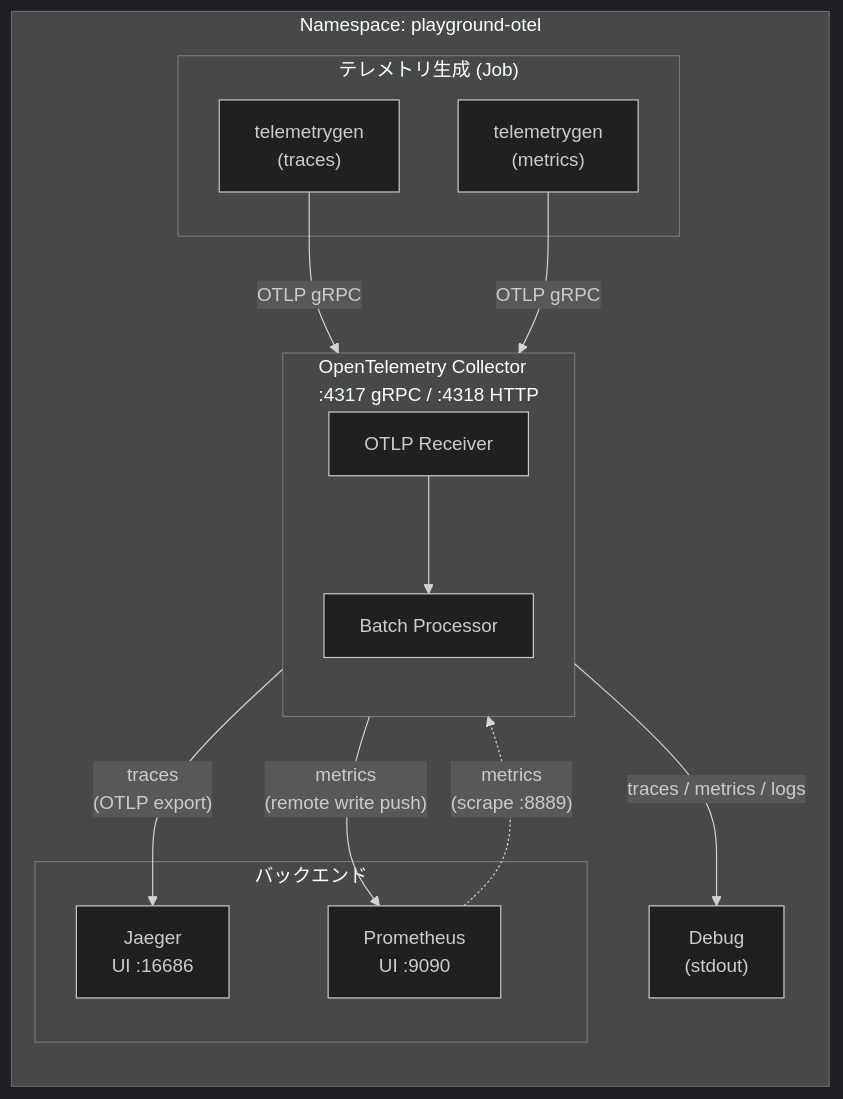
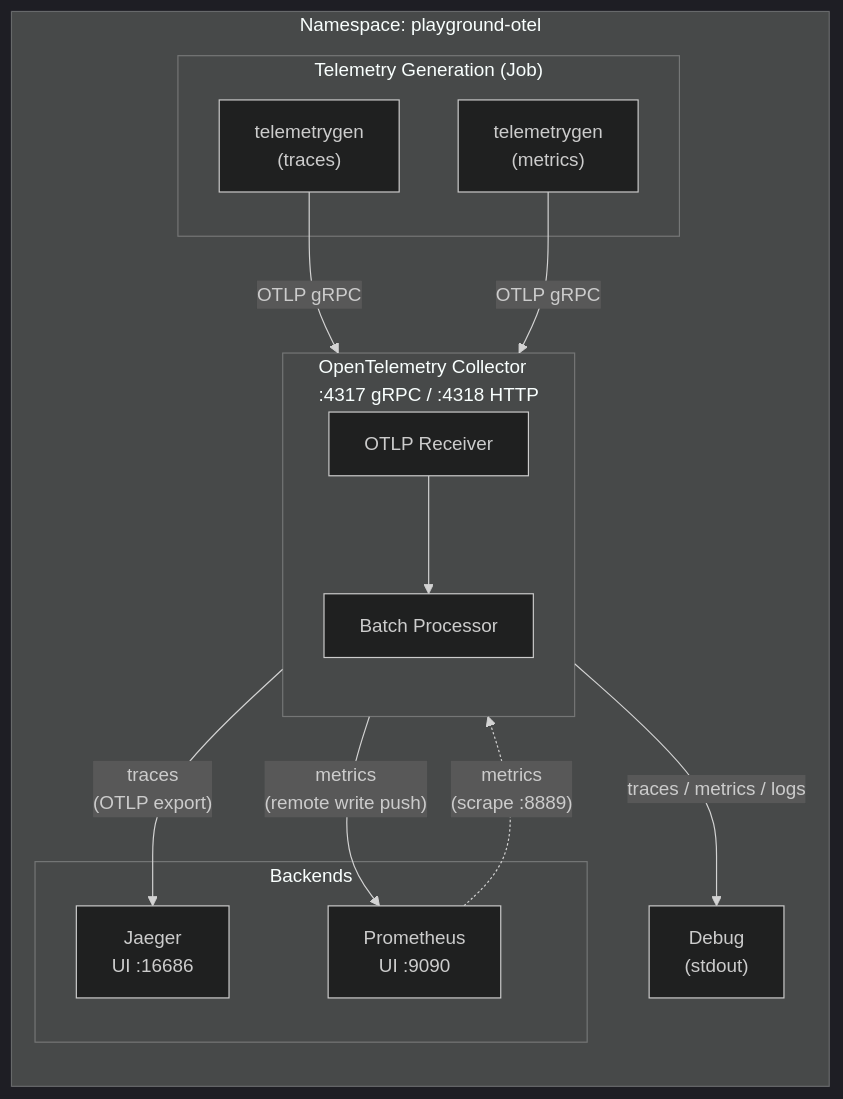
One commit to ks6088ts/template-terraform changed the diagram in infra/scenarios/azure_kubernetes_playground/examples/otel_k8s/README.md. Above: the diagram before and after it, drawn with Mermaid (dark theme). The commit also changed other lines of this file and 28 other files, not shown here.

````diff
--- a/infra/scenarios/azure_kubernetes_playground/examples/otel_k8s/README.md
+++ b/infra/scenarios/azure_kubernetes_playground/examples/otel_k8s/README.md
@@ -57,29 +61,29 @@
 ```mermaid
 flowchart LR
     subgraph ns["Namespace: playground-otel"]
-        subgraph Generators["テレメトリ生成 (Job)"]
+        subgraph Generators["Telemetry Generation (Job)"]
             GenTraces["telemetrygen<br/>(traces)"]
             GenMetrics["telemetrygen<br/>(metrics)"]
         end
 
         subgraph Collector["OpenTelemetry Collector<br/>:4317 gRPC / :4318 HTTP"]
             direction TB
             OTLP_IN["OTLP Receiver"]
             Batch["Batch Processor"]
             OTLP_IN --> Batch
         end
 
-        subgraph Backends["バックエンド"]
+        subgraph Backends["Backends"]
             Jaeger["Jaeger<br/>UI :16686"]
             Prometheus["Prometheus<br/>UI :9090"]
         end
 
         GenTraces -- "OTLP gRPC" --> OTLP_IN
         GenMetrics -- "OTLP gRPC" --> OTLP_IN
 
         Batch -- "traces<br/>(OTLP export)" --> Jaeger
         Batch -- "metrics<br/>(remote write push)" --> Prometheus
         Prometheus -. "metrics<br/>(scrape :8889)" .-> Batch
         Batch -- "traces / metrics / logs" --> Debug["Debug<br/>(stdout)"]
     end
 ```
````
